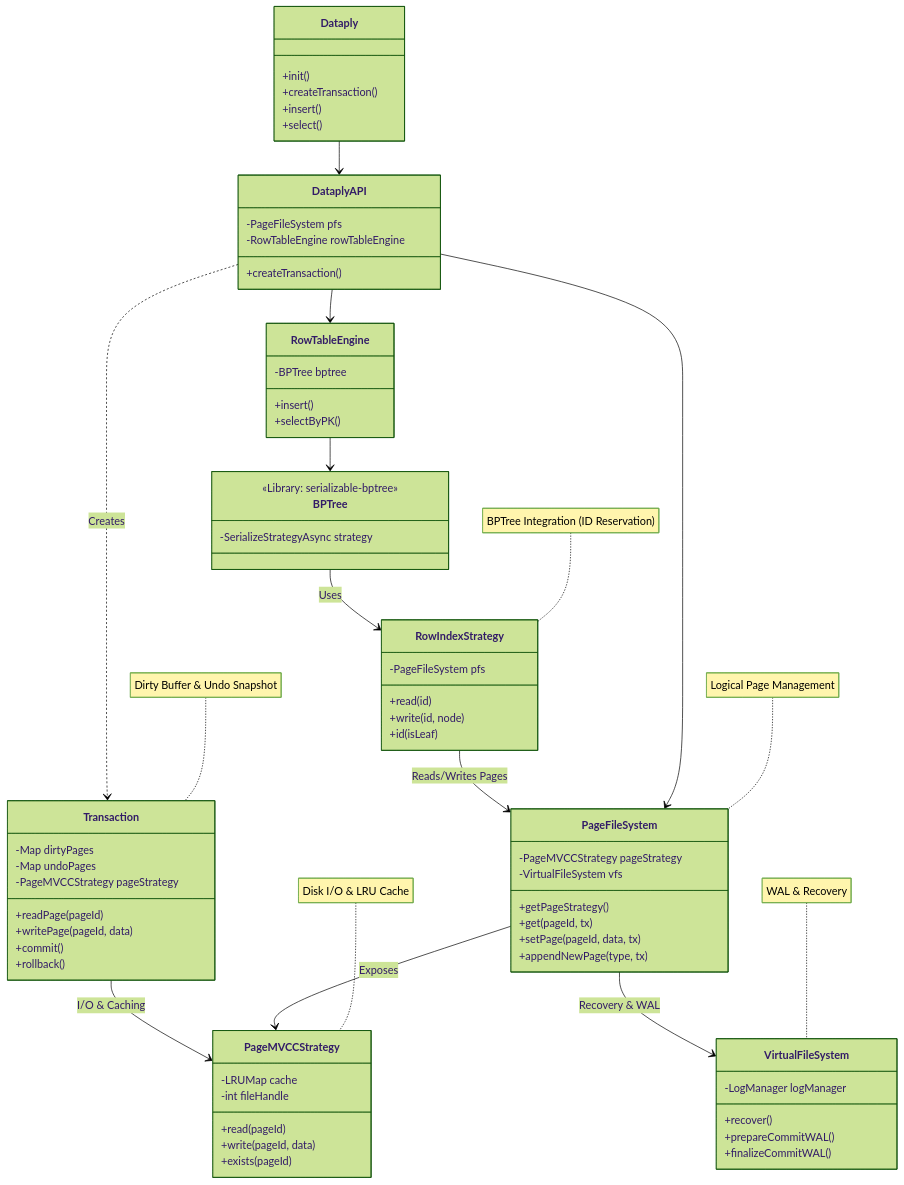
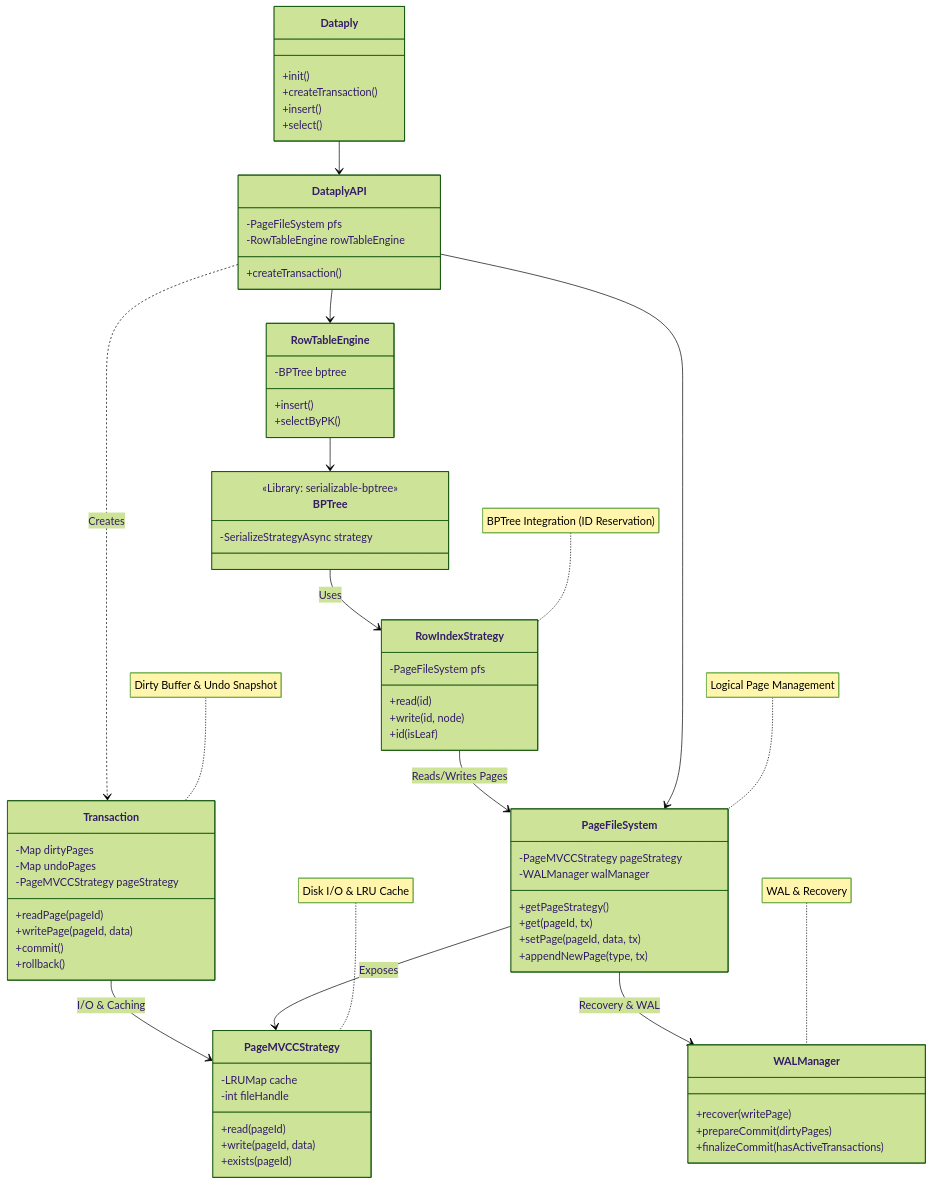
One commit to izure1/dataply changed the first of 2 diagrams in docs/architecture.md. Above: the diagram before and after it, drawn with Mermaid (forest theme). The commit also changed other lines of this file and 6 other files, not shown here.

````diff
--- a/docs/architecture.md
+++ b/docs/architecture.md
@@ -35,7 +35,7 @@
 
     class PageFileSystem {
         -PageMVCCStrategy pageStrategy
-        -VirtualFileSystem vfs
+        -WALManager walManager
         +getPageStrategy()
         +get(pageId, tx)
         +setPage(pageId, data, tx)
@@ -50,11 +50,10 @@
         +exists(pageId)
     }
 
-    class VirtualFileSystem {
-        -LogManager logManager
-        +recover()
-        +prepareCommitWAL()
-        +finalizeCommitWAL()
+    class WALManager {
+        +recover(writePage)
+        +prepareCommit(dirtyPages)
+        +finalizeCommit(hasActiveTransactions)
     }
 
     class RowTableEngine {
@@ -85,12 +84,12 @@
     RowIndexStrategy --> PageFileSystem : Reads/Writes Pages
     
     PageFileSystem --> PageMVCCStrategy : Exposes
-    PageFileSystem --> VirtualFileSystem : Recovery & WAL
+    PageFileSystem --> WALManager : Recovery & WAL
 
     Transaction --> PageMVCCStrategy : I/O & Caching
     note for PageMVCCStrategy "Disk I/O & LRU Cache"
     note for Transaction "Dirty Buffer & Undo Snapshot"
-    note for VirtualFileSystem "WAL & Recovery"
+    note for WALManager "WAL & Recovery"
     note for RowIndexStrategy "BPTree Integration (ID Reservation)"
     note for PageFileSystem "Logical Page Management"
 ```
````
